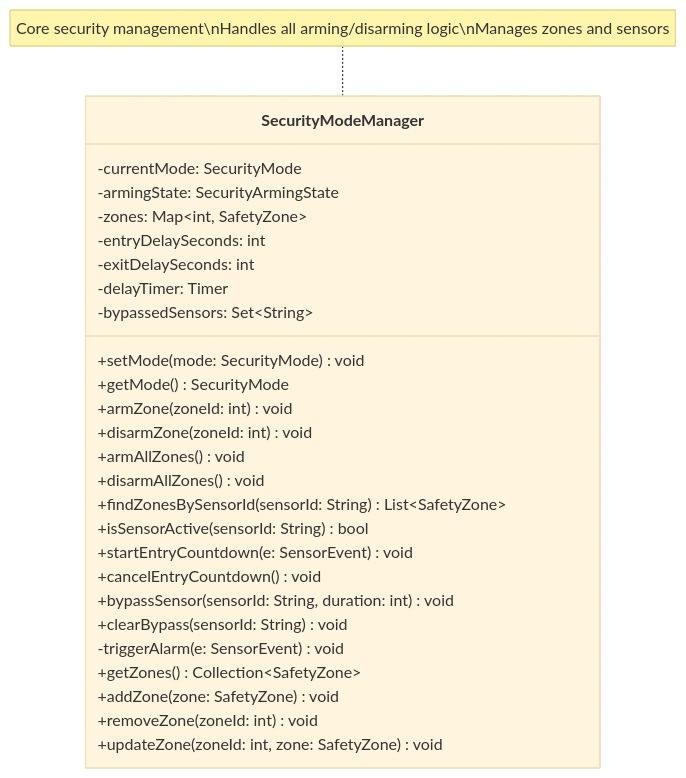
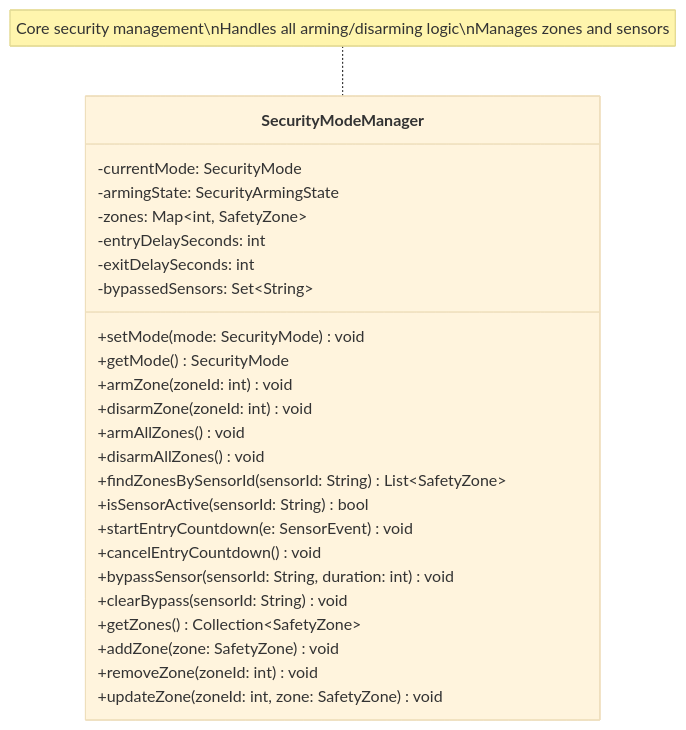
One commit to mj010101/swe_25f changed the second of 13 diagrams in diagrams/business_class_diagram.md. Above: the diagram before and after it, drawn with Mermaid (base theme). The commit also changed other lines of this file and 4 other files, not shown here.

````diff
--- a/diagrams/business_class_diagram.md
+++ b/diagrams/business_class_diagram.md
@@ -101,33 +82,31 @@
 ```mermaid
 classDiagram
     direction TB
 
     class SecurityModeManager {
         -currentMode: SecurityMode
         -armingState: SecurityArmingState
         -zones: Map~int, SafetyZone~
         -entryDelaySeconds: int
         -exitDelaySeconds: int
-        -delayTimer: Timer
         -bypassedSensors: Set~String~
         +setMode(mode: SecurityMode) void
         +getMode() SecurityMode
         +armZone(zoneId: int) void
         +disarmZone(zoneId: int) void
         +armAllZones() void
         +disarmAllZones() void
         +findZonesBySensorId(sensorId: String) List~SafetyZone~
         +isSensorActive(sensorId: String) bool
         +startEntryCountdown(e: SensorEvent) void
         +cancelEntryCountdown() void
         +bypassSensor(sensorId: String, duration: int) void
         +clearBypass(sensorId: String) void
-        -triggerAlarm(e: SensorEvent) void
         +getZones() Collection~SafetyZone~
         +addZone(zone: SafetyZone) void
         +removeZone(zoneId: int) void
         +updateZone(zoneId: int, zone: SafetyZone) void
     }
 
     note for SecurityModeManager "Core security management\nHandles all arming/disarming logic\nManages zones and sensors"
 ```
````
